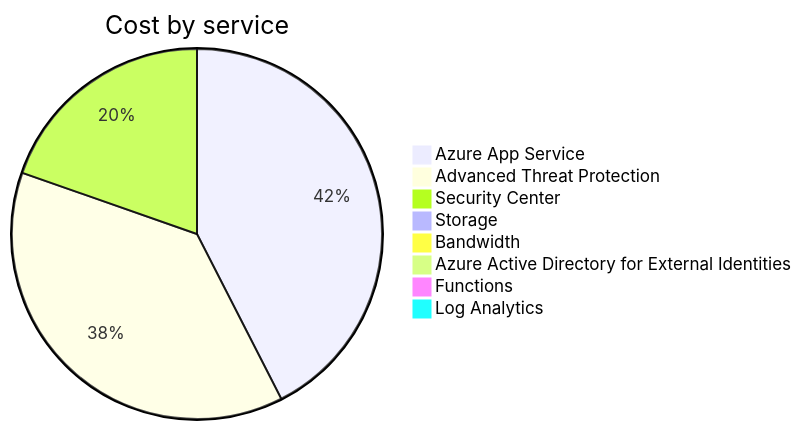
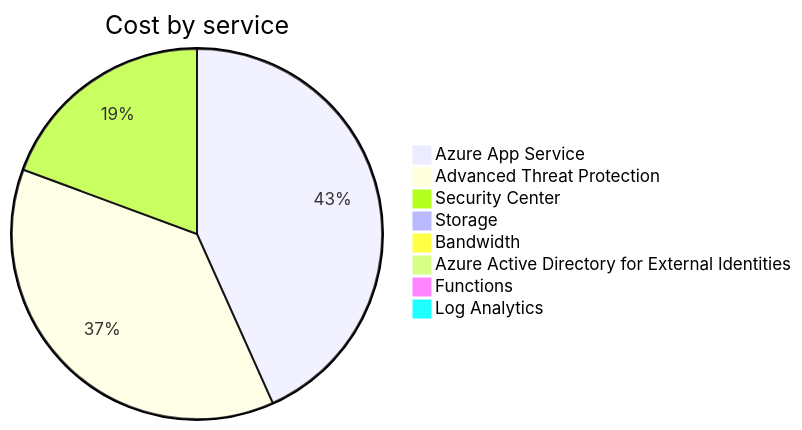
One commit to jpfulton/azure-personal-reports changed the second of 4 diagrams in cost-reports/personal-site/resource-group-summary.md. Above: the diagram before and after it, drawn with Mermaid. The commit also changed other lines of this file and 37 other files, not shown here.

````diff
--- a/cost-reports/personal-site/resource-group-summary.md
+++ b/cost-reports/personal-site/resource-group-summary.md
@@ -100,12 +100,12 @@
 ```mermaid
 pie
    title Cost by service
-   "Azure App Service" : 7.96
+   "Azure App Service" : 8.23
    "Advanced Threat Protection" : 7.10
    "Security Center" : 3.68
    "Storage" : 0.06
    "Bandwidth" : 0.00
    "Azure Active Directory for External Identities" : 0.00
    "Functions" : 0.00
    "Log Analytics" : 0.00
 ```
````
